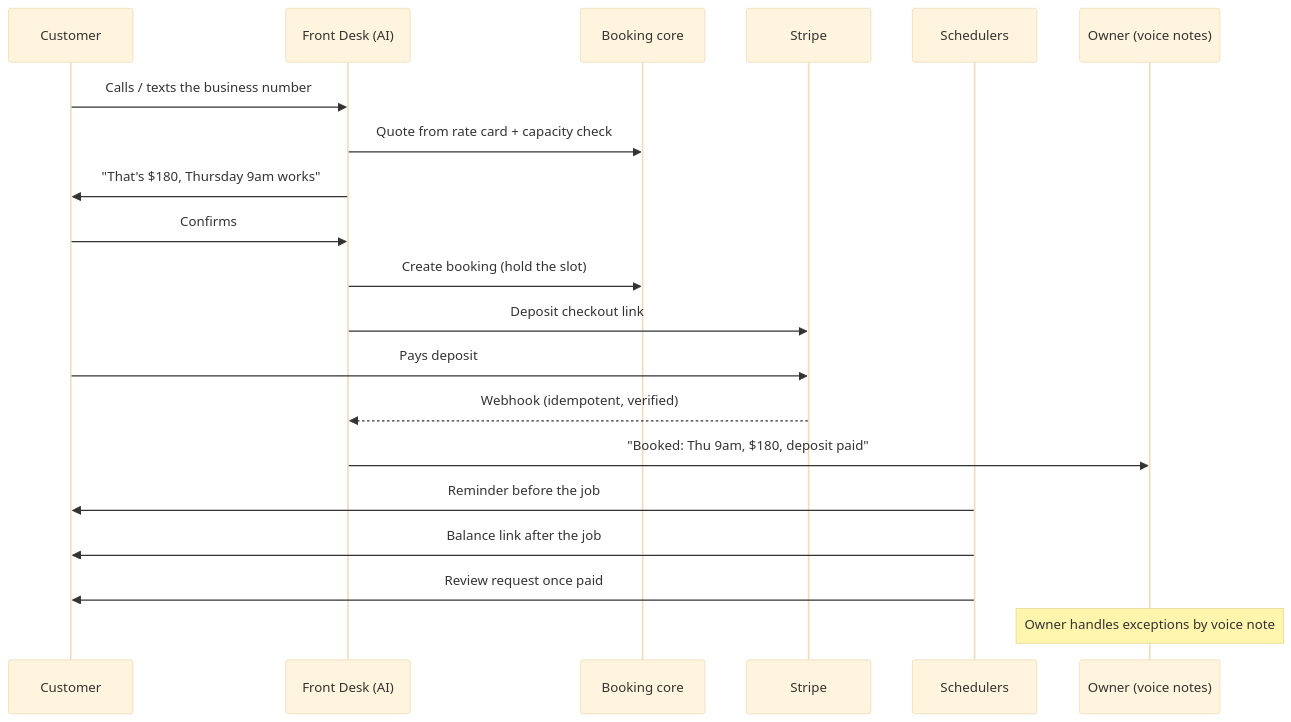
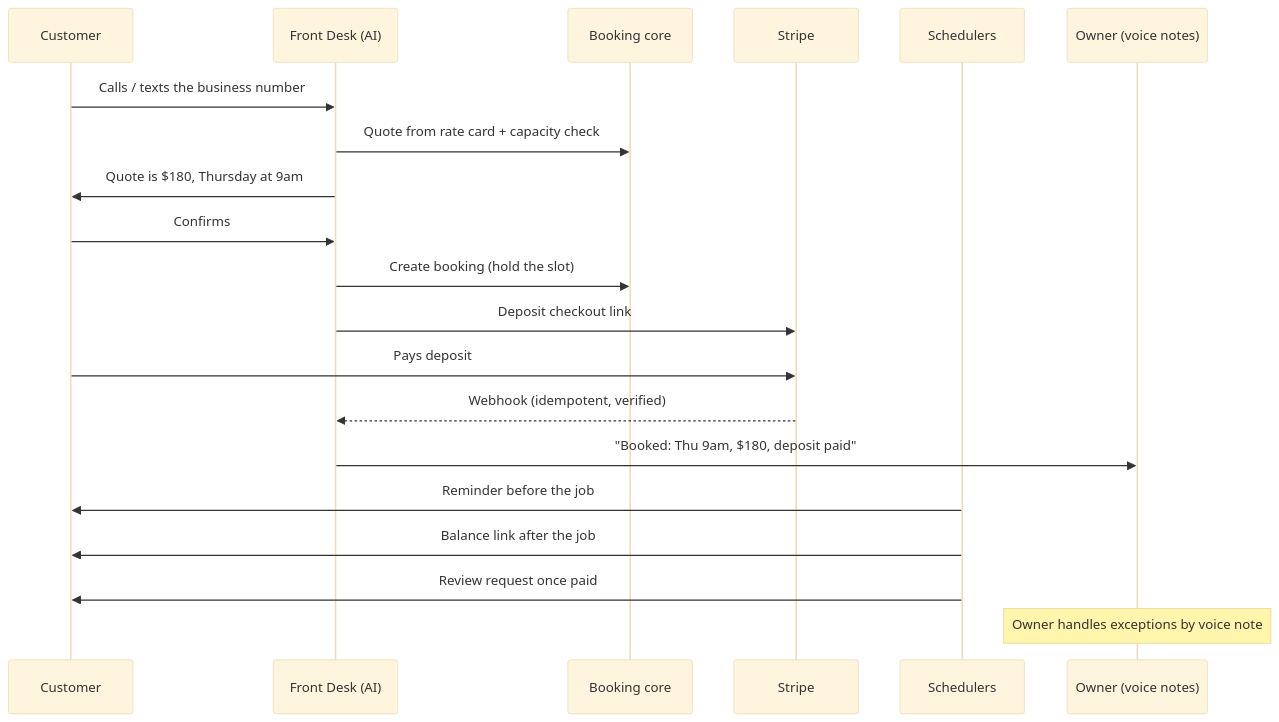
Before and after one commit to shawnj6909-oss/front-desk-crm-v5: the first of 2 diagrams in README.md, drawn with Mermaid (base theme). The commit also changed other lines of this file, not shown here.

````diff
--- a/README.md
+++ b/README.md
@@ -27,24 +27,24 @@
 ```mermaid
 sequenceDiagram
     participant C as Customer
     participant FD as Front Desk (AI)
     participant CORE as Booking core
     participant PAY as Stripe
     participant CRON as Schedulers
     participant O as Owner (voice notes)
 
     C->>FD: Calls / texts the business number
     FD->>CORE: Quote from rate card + capacity check
-    FD->>C: "That's $180, Thursday 9am works"
+    FD->>C: Quote is $180, Thursday at 9am
     C->>FD: Confirms
     FD->>CORE: Create booking (hold the slot)
     FD->>PAY: Deposit checkout link
     C->>PAY: Pays deposit
     PAY-->>FD: Webhook (idempotent, verified)
     FD->>O: "Booked: Thu 9am, $180, deposit paid"
 
     CRON->>C: Reminder before the job
     CRON->>C: Balance link after the job
     CRON->>C: Review request once paid
     Note over O: Owner handles exceptions by voice note
 ```
````
